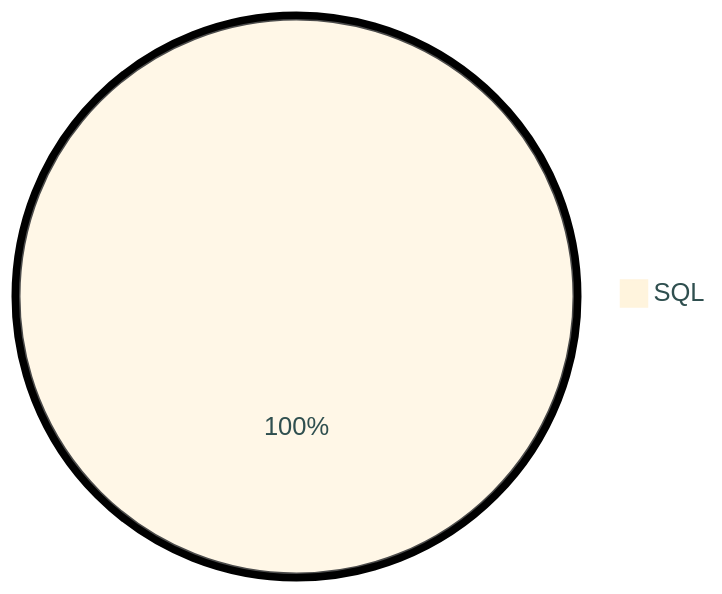
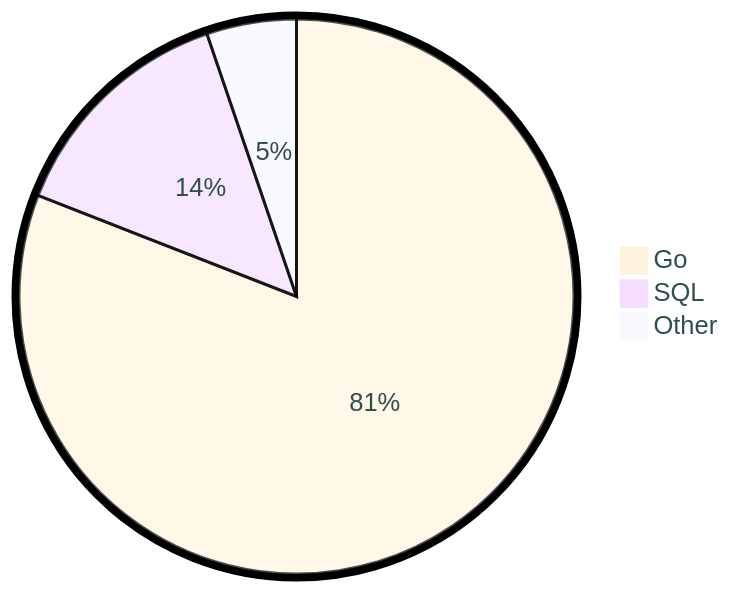
The diagram in README.md (tot0p/tot0p), drawn with Mermaid before and after one commit. The commit also changed other lines of this file, not shown here.

````diff
--- a/README.md
+++ b/README.md
@@ -113,5 +121,7 @@
 ```mermaid
 %%{init: {"pie": {"textPosition": 0.5}, "themeVariables": {"pieOuterStrokeWidth": "5px","primaryTextColor" : "#2F4F4F"},"theme":"base"} }%%
 pie
-	"SQL": 100.0
+	"Go": 80.94
+	"SQL": 13.84
+	"Other": 5.2299999999999995
 ```
````
